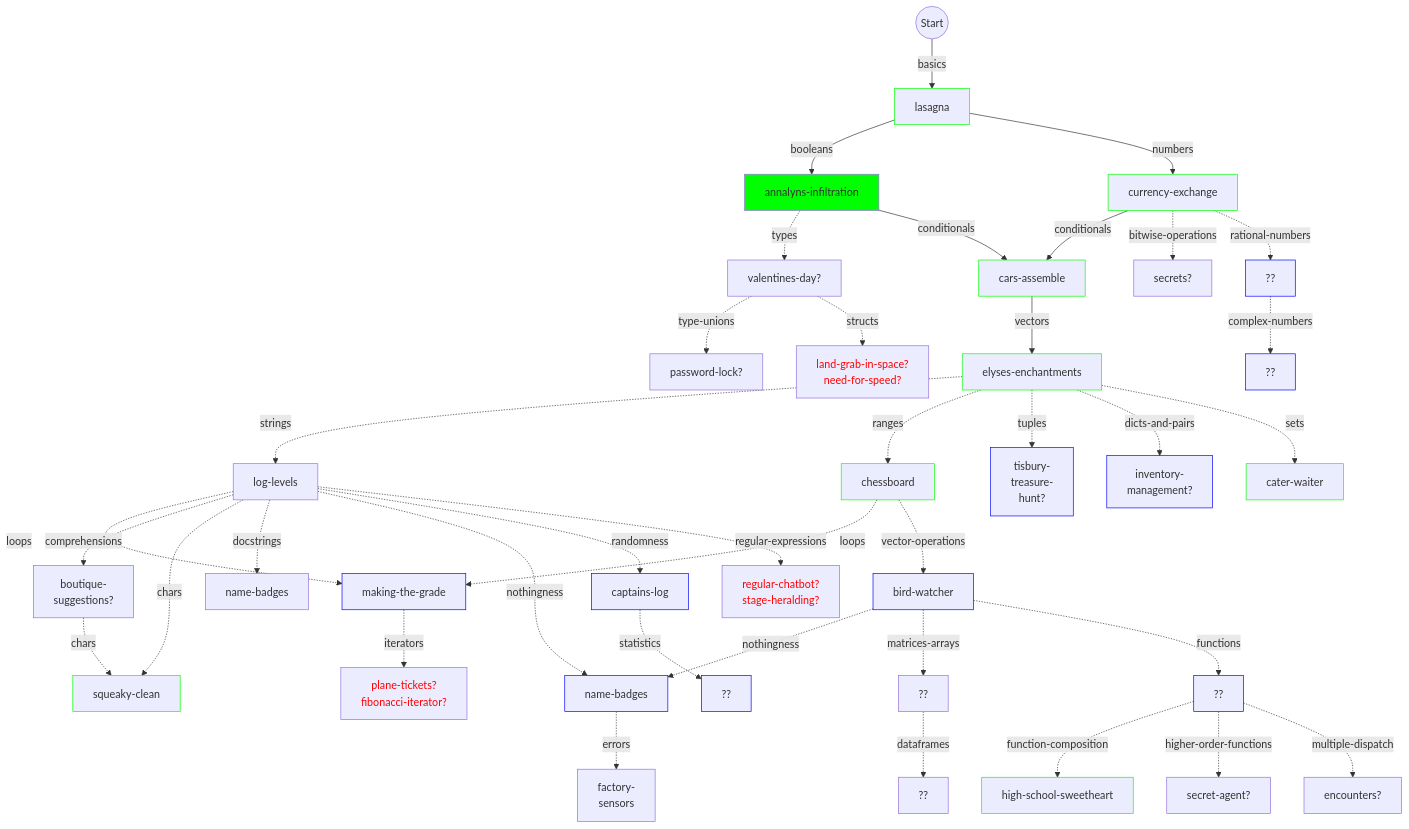
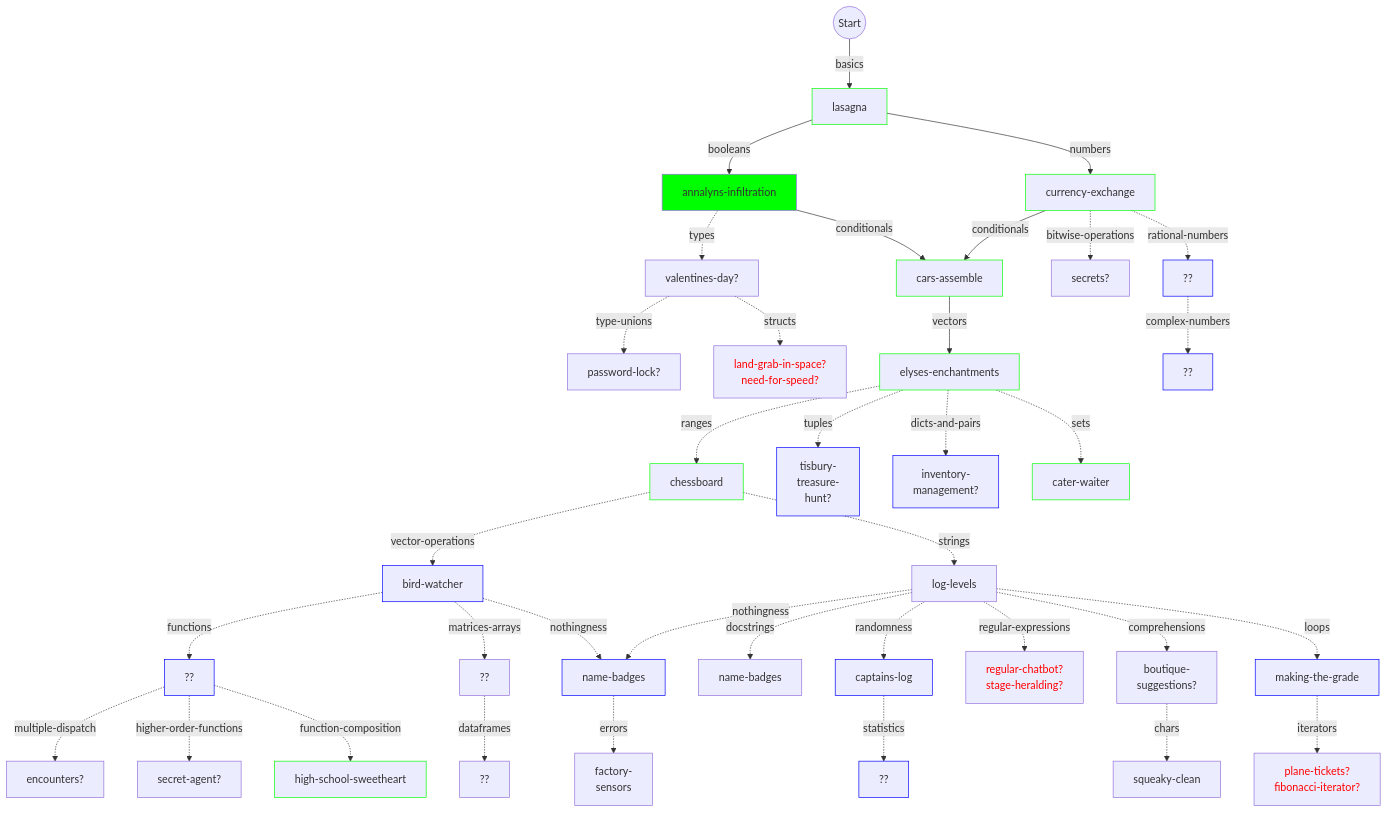
Before and after one commit to colinleach/learning-track-doodles: the diagram in julia/flowchart.md, drawn with Mermaid.

Commit message:
cleaned dependencies

```diff
--- a/julia/flowchart.md
+++ b/julia/flowchart.md
@@ -44,14 +44,8 @@
 strings -.loops.-> loops["making-the-grade"]
 style loops stroke:#00f
 
-ranges -.loops.-> loops["making-the-grade"]
-style loops stroke:#00f
-
-vectors -.strings.-> strings["log-levels"]
+ranges -.strings.-> strings["log-levels"]
 %% style strings 
-
-%% ranges -.loops.-> loops["mixed-juices?<br/>making-the-grade?"]
-%% style loops stroke:#0f0
 
 ranges -.vector-operations.-> vector-operations["bird-watcher"]
 style vector-operations stroke:#00f
@@ -79,9 +73,6 @@
 
 vector-operations -.nothingness.-> nothingness["name-badge"]
 style nothingness stroke:#00f
-
-strings -.chars.-> chars["squeaky-clean"]
-style chars stroke:#0f0
 
 comprehensions -.chars.-> chars["squeaky-clean"]
 
```
